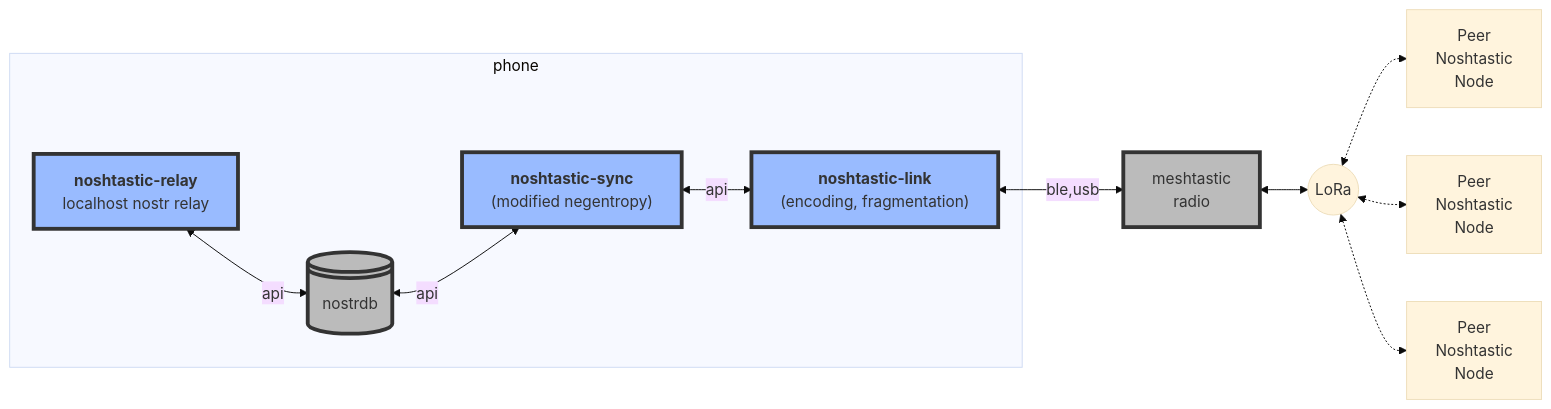
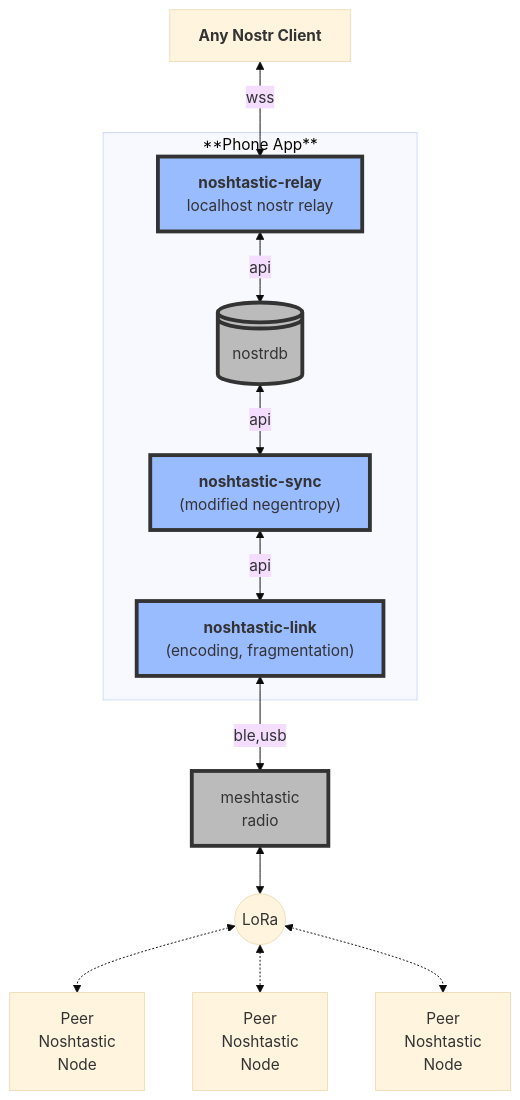
The diagram in README.md (ksedgwic/noshtastic), drawn with Mermaid (base theme) before and after one commit.

Commit message:
vertical diagram layout

````diff
--- a/README.md
+++ b/README.md
@@ -5,57 +5,52 @@
 ```mermaid
-flowchart LR
+flowchart TD
+   CLIENT["`**Any Nostr Client**`"]
+   style MESH fill:#bbb,stroke:#333,stroke-width:4px
+
    RELAY["`**noshtastic-relay**
    localhost nostr relay`"]
    style RELAY fill:#9bf,stroke:#333,stroke-width:4px
-
-   GHOST1[ ]
-   style GHOST1 fill:none,stroke:none
-
-   GHOST2[ ]
-   style GHOST2 fill:none,stroke:none
 
    NOSTRDB@{ shape: lin-cyl, label: "nostrdb" }
    style NOSTRDB fill:#bbb,stroke:#333,stroke-width:4px
 
    SYNC["`**noshtastic-sync**
    (modified negentropy)`"]
    style SYNC fill:#9bf,stroke:#333,stroke-width:4px
 
    LINK["`**noshtastic-link**
    (encoding, fragmentation)`"]
    style LINK fill:#9bf,stroke:#333,stroke-width:4px
 
    MESH["`meshtastic
    radio`"]
    style MESH fill:#bbb,stroke:#333,stroke-width:4px
 
    LORA(("`LoRa`"))
 
    PEER0["`Peer
    Noshtastic
    Node`"]
 
    PEER1["`Peer
    Noshtastic
    Node`"]
 
    PEER2["`Peer
    Noshtastic
    Node`"]
 
-   subgraph phone
-   RELAY ~~~ GHOST1
-   RELAY ~~~ GHOST2
+   CLIENT<-->|wss|RELAY
+
+   subgraph **Phone App**
    RELAY<-->|api|NOSTRDB
-   GHOST1 ~~~ SYNC
-   GHOST2 ~~~ SYNC
    NOSTRDB<-->|api|SYNC
    SYNC<-->|api|LINK
    end
 
    LINK<-->|ble,usb|MESH
    MESH<-->LORA
    LORA<-.->PEER0
    LORA<-.->PEER1
    LORA<-.->PEER2
 ```
````
